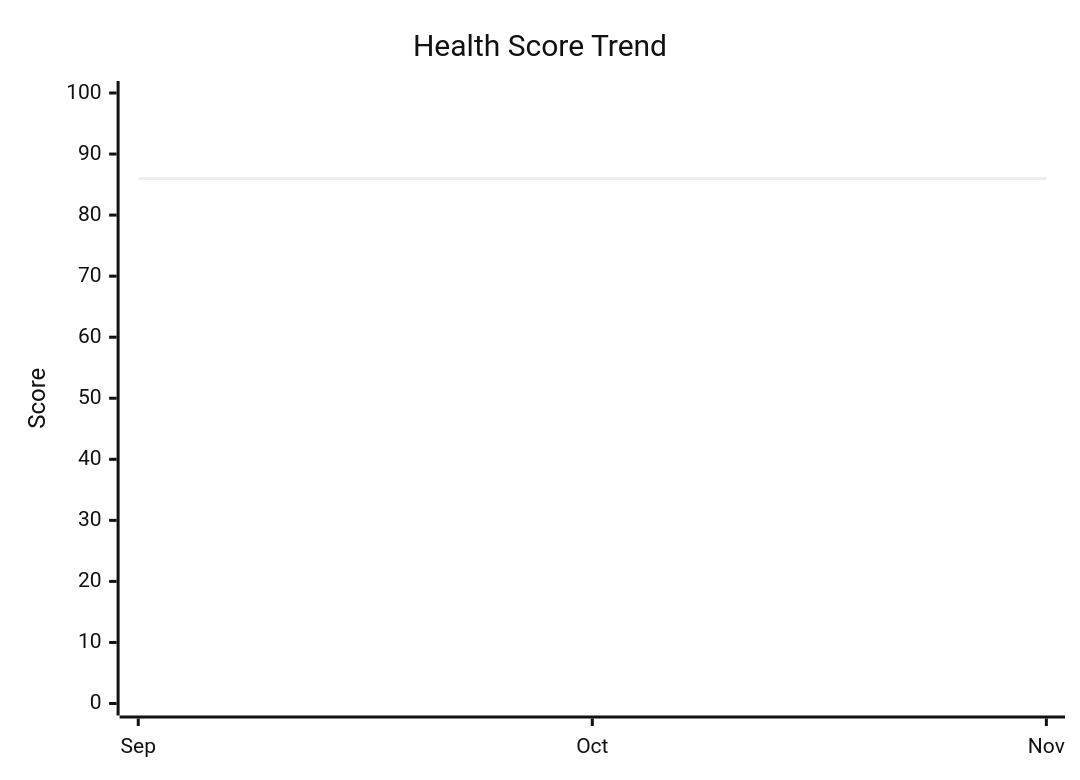
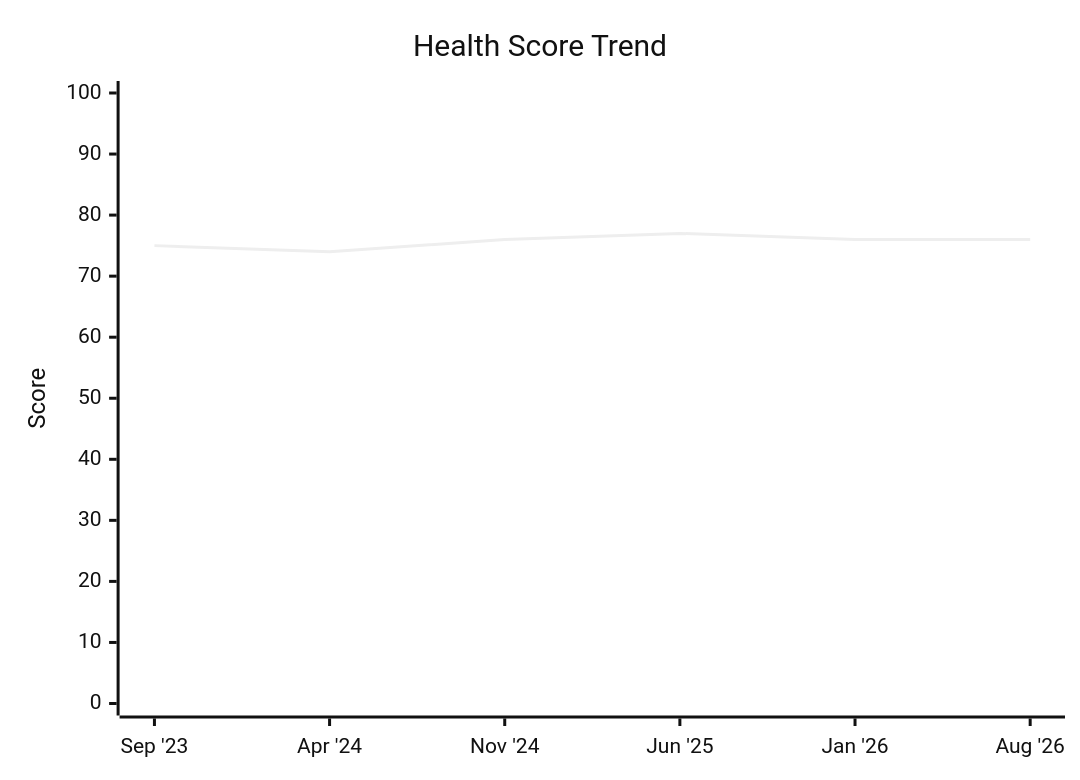
The second of 3 diagrams in examples/repos/excalidraw-excalidraw.md (panbanda/omen), drawn with Mermaid (neutral theme) before and after one commit. The commit also changed other lines of this file and 5 other files, not shown here.

````diff
--- a/examples/repos/excalidraw-excalidraw.md
+++ b/examples/repos/excalidraw-excalidraw.md
@@ -226,7 +264,7 @@
 ```mermaid
 xychart-beta
     title "Health Score Trend"
-    x-axis ["Sep", "Oct", "Nov"]
+    x-axis ["Sep '23", "Apr '24", "Nov '24", "Jun '25", "Jan '26", "Aug '26"]
     y-axis "Score" 0 --> 100
-    line [86, 86, 86]
+    line [75, 74, 76, 77, 76, 76]
 ```
````
